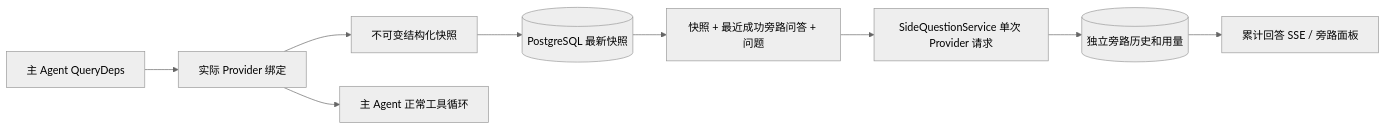
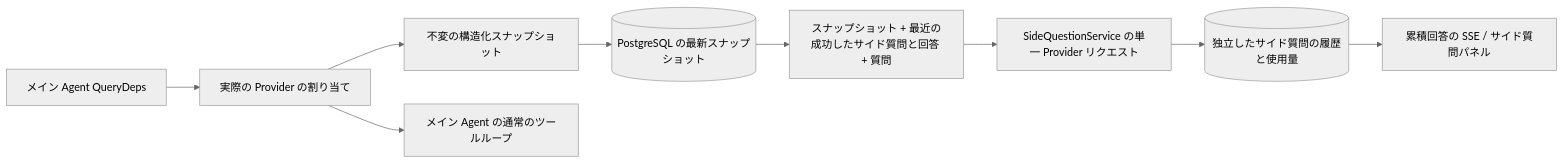
Before and after one commit to hara-kazu/ARTEX-Japanese: the diagram in sidequestion/README.md, drawn with Mermaid (neutral theme). The commit also changed other lines of this file and 140 other files, not shown here.

````diff
--- a/sidequestion/README.md
+++ b/sidequestion/README.md
@@ -11,11 +11,11 @@
 ```mermaid
 flowchart LR
-    A[主 Agent QueryDeps] --> B[实际 Provider 绑定]
-    B --> C[不可变结构化快照]
-    B --> D[主 Agent 正常工具循环]
-    C --> E[(PostgreSQL 最新快照)]
-    E --> F[快照 + 最近成功旁路问答 + 问题]
-    F --> G[SideQuestionService 单次 Provider 请求]
-    G --> H[(独立旁路历史和用量)]
-    H --> I[累计回答 SSE / 旁路面板]
+    A[メイン Agent QueryDeps] --> B[実際の Provider の割り当て]
+    B --> C[不変の構造化スナップショット]
+    B --> D[メイン Agent の通常のツールループ]
+    C --> E[(PostgreSQL の最新スナップショット)]
+    E --> F[スナップショット + 最近の成功したサイド質問と回答 + 質問]
+    F --> G[SideQuestionService の単一 Provider リクエスト]
+    G --> H[(独立したサイド質問の履歴と使用量)]
+    H --> I[累積回答の SSE / サイド質問パネル]
 ```
````
